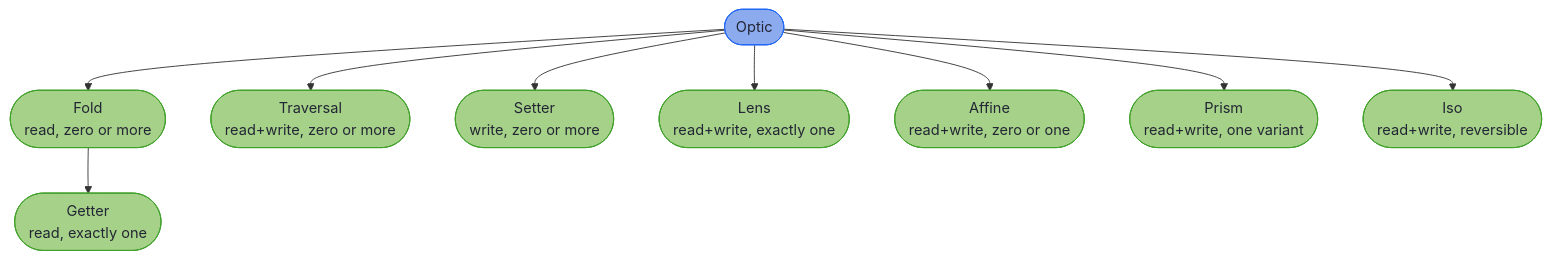
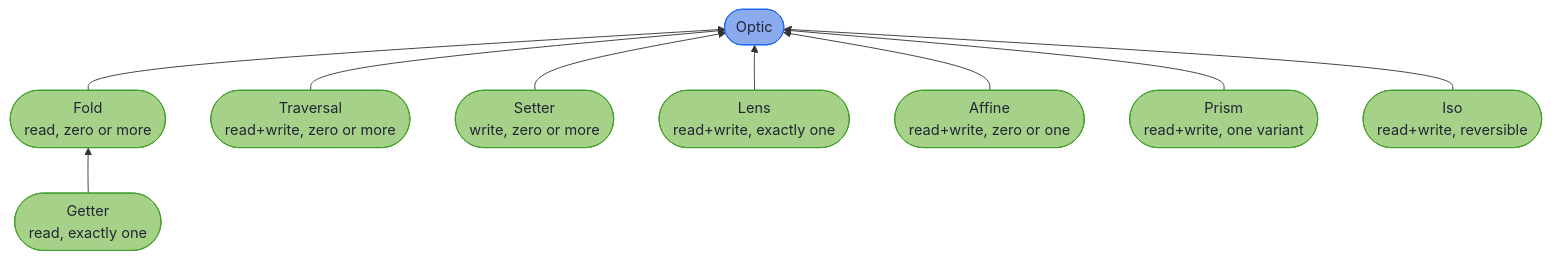
Before and after one commit to higher-kinded-j/higher-kinded-j: the diagram in hkj-book/src/optics/ch_intro.md, drawn with Mermaid. The commit also changed other lines of this file and 1 other file, not shown here.

Commit message:
hkj-book: say which way the inheritance arrows point, and how KindSemantics is given
The hierarchy diagram I added to replace the false one had the same defect in
miniature. Its prose said the arrows are `extends`, while the arrows ran from
Optic down to Fold and from Fold down to Getter, which reads as the reverse of
every relation on the page. It is now a bottom-up flowchart whose edges point
from a type to the one it extends, so `Fold --> Optic` and `Getter --> Fold`
say what the text says, with Optic still at the top.

The Kind-field row invited a reader to "pair with KindSemantics", as though it
were a second annotation to apply. It is an enum, and it is the value of
@TraverseField's own semantics element. The row now names what the annotation
actually does, and an example shows the required traverse expression beside it,
since a reader following the old wording would have omitted it.

````diff
--- a/hkj-book/src/optics/ch_intro.md
+++ b/hkj-book/src/optics/ch_intro.md
@@ -38,17 +38,16 @@
 ```mermaid
-flowchart TD
-    O(["Optic"])
-    O --> F(["Fold<br/>read, zero or more"])
-    O --> T(["Traversal<br/>read+write, zero or more"])
-    O --> St(["Setter<br/>write, zero or more"])
-    O --> L(["Lens<br/>read+write, exactly one"])
-    O --> A(["Affine<br/>read+write, zero or one"])
-    O --> P(["Prism<br/>read+write, one variant"])
-    O --> I(["Iso<br/>read+write, reversible"])
-    F --> G(["Getter<br/>read, exactly one"])
+flowchart BT
+    F(["Fold<br/>read, zero or more"]) --> O(["Optic"])
+    T(["Traversal<br/>read+write, zero or more"]) --> O
+    St(["Setter<br/>write, zero or more"]) --> O
+    L(["Lens<br/>read+write, exactly one"]) --> O
+    A(["Affine<br/>read+write, zero or one"]) --> O
+    P(["Prism<br/>read+write, one variant"]) --> O
+    I(["Iso<br/>read+write, reversible"]) --> O
+    G(["Getter<br/>read, exactly one"]) --> F
 
     classDef root fill:#8caaee,stroke:#1e66f5,color:#232634
     classDef tier fill:#a6d189,stroke:#40a02b,color:#232634
     class O root
     class F,T,St,L,A,P,I,G tier
 ```
````
